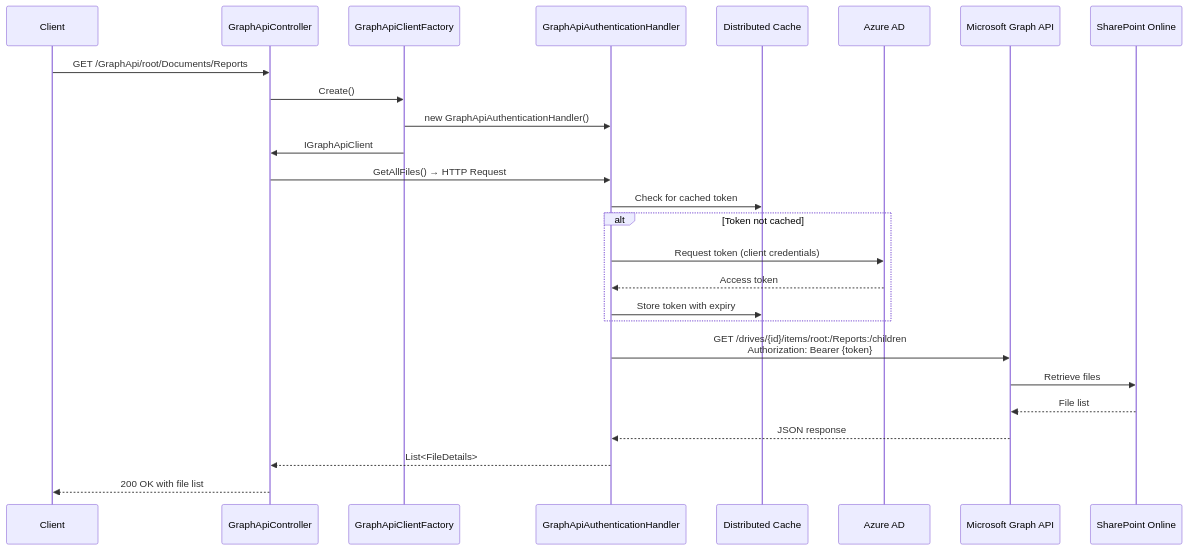
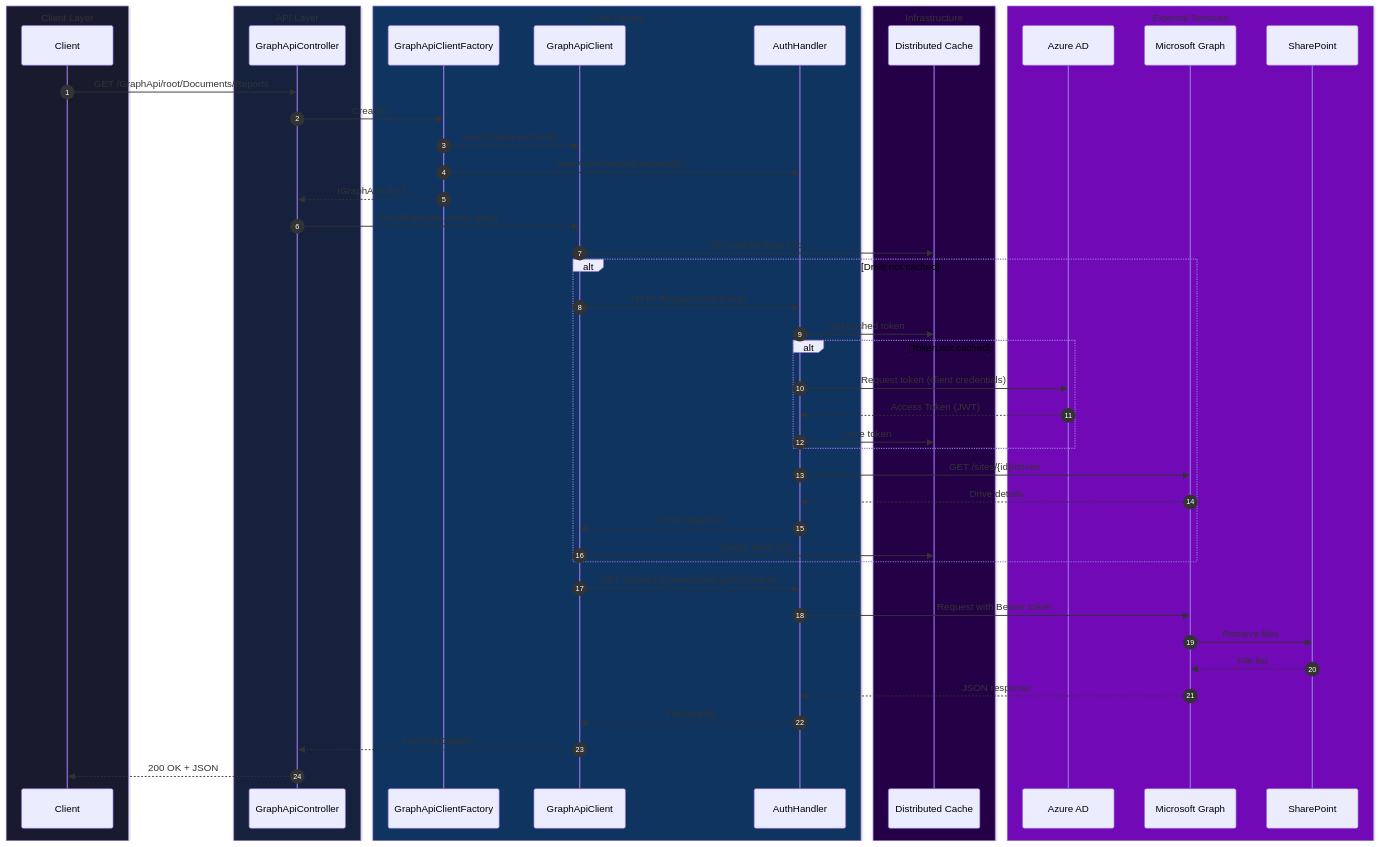
Before and after one commit to nitin27may/sharepoint-graph-api: the third of 17 diagrams in README.md, drawn with Mermaid. The commit also changed other lines of this file, not shown here.

````diff
--- a/README.md
+++ b/README.md
@@ -549,32 +114,55 @@
 ```mermaid
 sequenceDiagram
-    participant Client
-    participant Controller as GraphApiController
-    participant Factory as GraphApiClientFactory
-    participant AuthHandler as GraphApiAuthenticationHandler
-    participant Cache as Distributed Cache
-    participant AzureAD as Azure AD
-    participant GraphAPI as Microsoft Graph API
-    participant SPO as SharePoint Online
+    autonumber
+    box rgb(26, 26, 46) Client Layer
+        participant Client as Client
+    end
+    box rgb(22, 33, 62) API Layer
+        participant Controller as GraphApiController
+    end
+    box rgb(15, 52, 96) Core Library
+        participant Factory as GraphApiClientFactory
+        participant GraphClient as GraphApiClient
+        participant AuthHandler as AuthHandler
+    end
+    box rgb(36, 0, 70) Infrastructure
+        participant Cache as Distributed Cache
+    end
+    box rgb(114, 9, 183) External Services
+        participant AzureAD as Azure AD
+        participant GraphAPI as Microsoft Graph
+        participant SPO as SharePoint
+    end
 
     Client->>Controller: GET /GraphApi/root/Documents/Reports
     Controller->>Factory: Create()
-    Factory->>AuthHandler: new GraphApiAuthenticationHandler()
-    Factory->>Controller: IGraphApiClient
+    Factory->>GraphClient: new GraphApiClient()
+    Factory->>AuthHandler: new AuthHandler(credentials)
+    Factory-->>Controller: IGraphApiClient
     
-    Controller->>AuthHandler: GetAllFiles() → HTTP Request
-    AuthHandler->>Cache: Check for cached token
+    Controller->>GraphClient: GetAllFiles(site, drive, path)
+    GraphClient->>Cache: Get cached drive info
     
-    alt Token not cached
-        AuthHandler->>AzureAD: Request token (client credentials)
-        AzureAD-->>AuthHandler: Access token
-        AuthHandler->>Cache: Store token with expiry
+    alt Drive not cached
+        GraphClient->>AuthHandler: HTTP Request (Get Drive)
+        AuthHandler->>Cache: Get cached token
+        alt Token not cached
+            AuthHandler->>AzureAD: Request token (client credentials)
+            AzureAD-->>AuthHandler: Access Token (JWT)
+            AuthHandler->>Cache: Store token
+        end
+        AuthHandler->>GraphAPI: GET /sites/{id}/drives
+        GraphAPI-->>AuthHandler: Drive details
+        AuthHandler-->>GraphClient: Drive response
+        GraphClient->>Cache: Cache drive info
     end
     
-    AuthHandler->>GraphAPI: GET /drives/{id}/items/root:/Reports:/children<br/>Authorization: Bearer {token}
+    GraphClient->>AuthHandler: GET /drives/{id}/items/root:/path:/children
+    AuthHandler->>GraphAPI: Request with Bearer token
     GraphAPI->>SPO: Retrieve files
     SPO-->>GraphAPI: File list
     GraphAPI-->>AuthHandler: JSON response
-    AuthHandler-->>Controller: List<FileDetails>
-    Controller-->>Client: 200 OK with file list
+    AuthHandler-->>GraphClient: FileDetails[]
+    GraphClient-->>Controller: List<FileDetails>
+    Controller-->>Client: 200 OK + JSON
 ```
````
